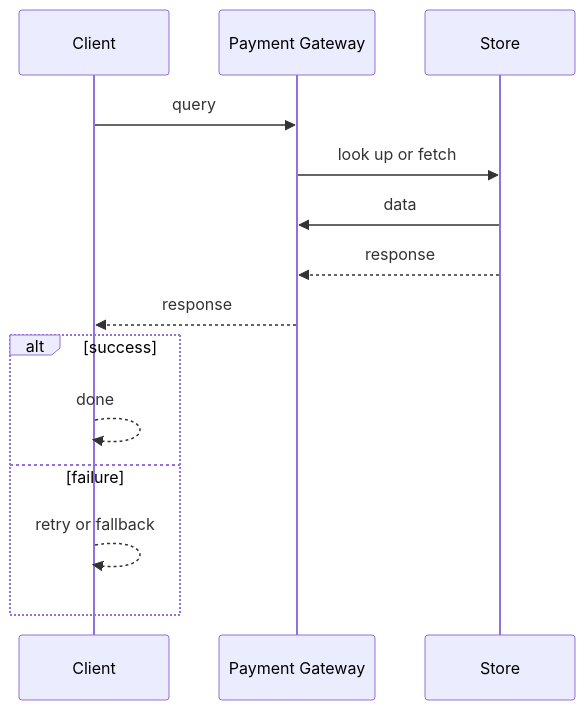
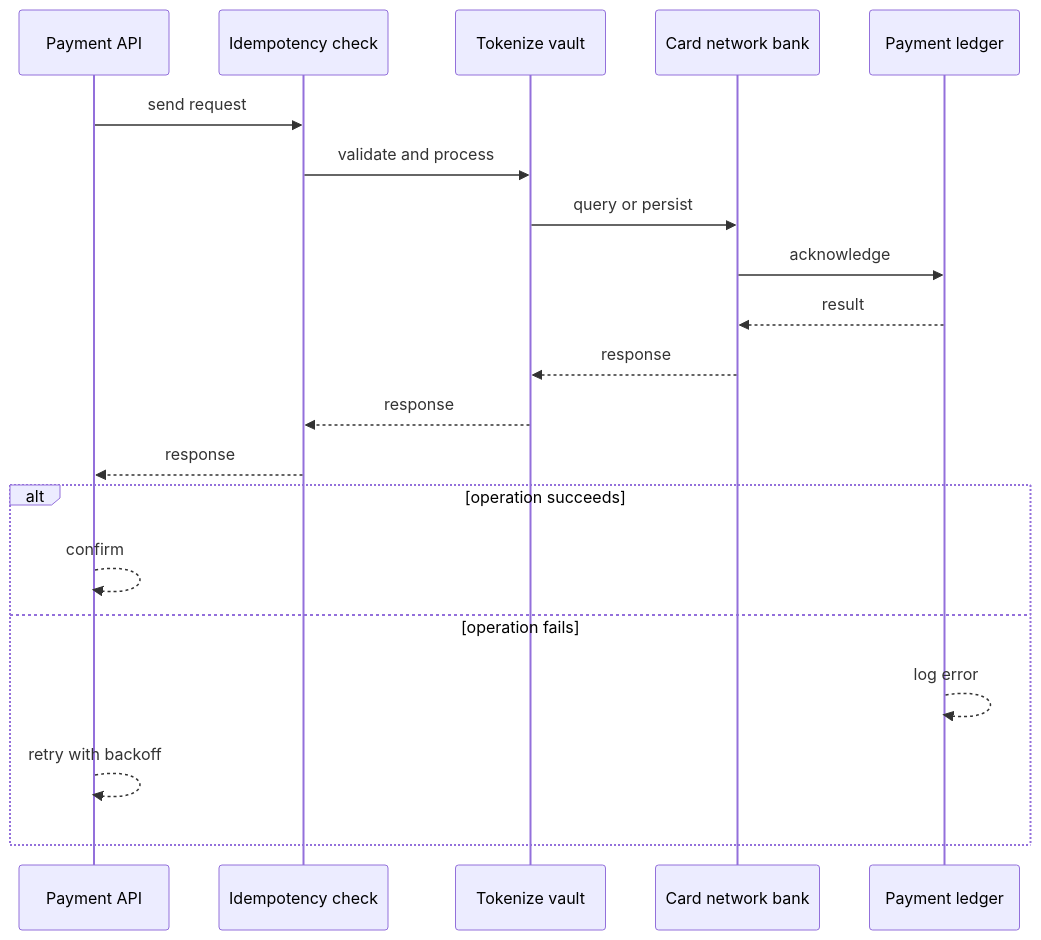
One commit to RIT-MESH/system-design-mastery changed the second of 4 diagrams in case-studies/advanced/payment-gateway.md. Above: the diagram before and after it, drawn with Mermaid. The commit also changed other lines of this file and 64 other files, not shown here.

````diff
--- a/case-studies/advanced/payment-gateway.md
+++ b/case-studies/advanced/payment-gateway.md
@@ -80,17 +69,23 @@
 ```mermaid
 %% created-for: system-design-mastery
 sequenceDiagram
-  participant P0 as Client
-  participant P1 as Payment Gateway
-  participant P2 as Store
-  P0 ->> P1: query
-  P1 ->> P2: look up or fetch
-  P2 ->> P1: data
-  P2 -->> P1: response
-  P1 -->> P0: response
-  alt success
-    P0 -->> P0: done
-  else failure
-    P0 -->> P0: retry or fallback
+  participant C0 as Payment API
+  participant C1 as Idempotency check
+  participant C2 as Tokenize vault
+  participant C3 as Card network bank
+  participant C4 as Payment ledger
+  C0 ->> C1: send request
+  C1 ->> C2: validate and process
+  C2 ->> C3: query or persist
+  C3 ->> C4: acknowledge
+  C4 -->> C3: result
+  C3 -->> C2: response
+  C2 -->> C1: response
+  C1 -->> C0: response
+  alt operation succeeds
+    C0 -->> C0: confirm
+  else operation fails
+    C4 -->> C4: log error
+    C0 -->> C0: retry with backoff
   end
 ```
````
